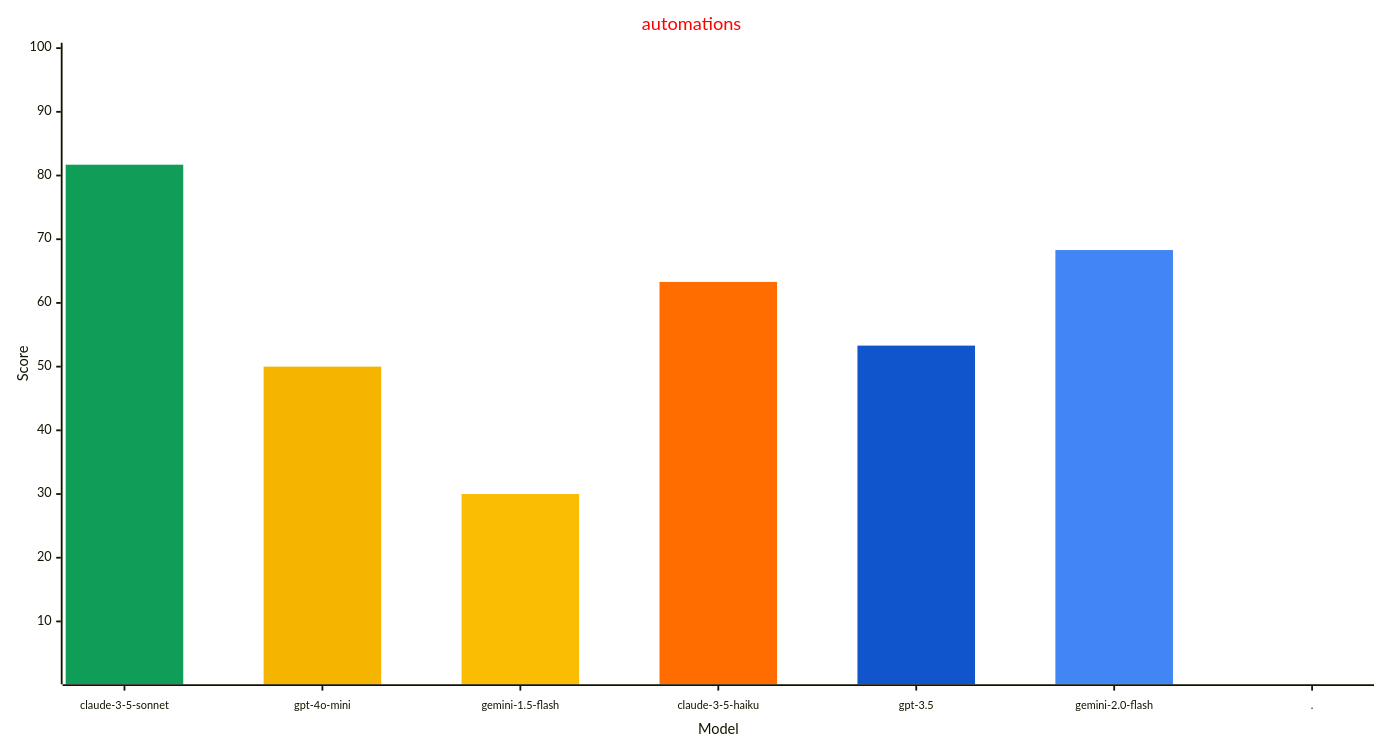
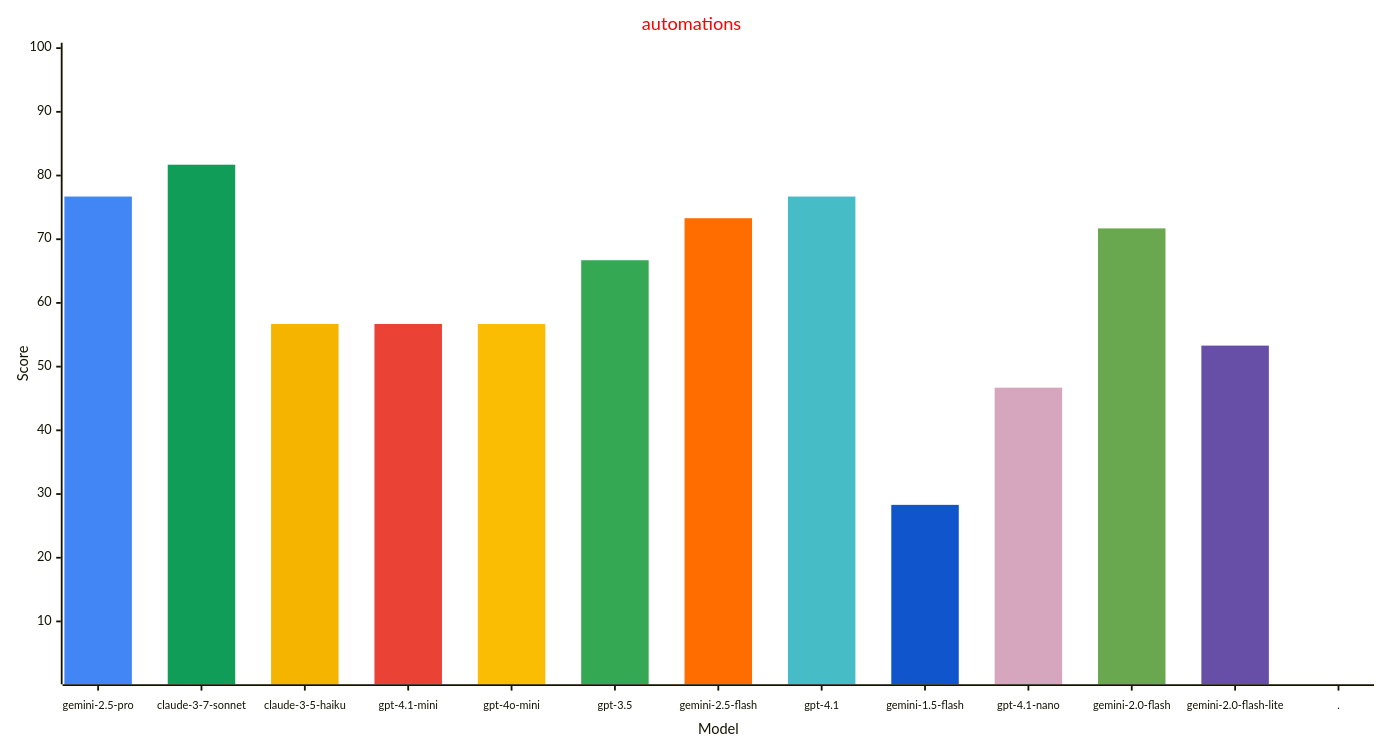
The third of 3 diagrams in reports/README.md (allenporter/home-assistant-datasets), drawn with Mermaid before and after one commit. The commit also changed other lines of this file and 1 other file, not shown here.

````diff
--- a/reports/README.md
+++ b/reports/README.md
@@ -144,27 +145,33 @@
 ```mermaid
 ---
 config:
     xyChart:
         width: 1500
         height: 800
         xAxis:
           labelFontSize: 12
           labelPadding: 8
     themeVariables:
         xyChart:
             titleColor: "#ff0000"
-            plotColorPalette: "#0f9d58, #f4b400, #fbbc04, #ff6d01, #1155cc, #4285f4, #4285f4"
+            plotColorPalette: "#4285f4, #0f9d58, #f4b400, #ea4335, #fbbc04, #34a853, #ff6d01, #46bdc6, #1155cc, #d5a6bd, #6aa84f, #674ea7, #4285f4"
 
 ---
 xychart-beta
   title "automations"
-  x-axis "Model" [claude-3-5-sonnet, gpt-4o-mini, gemini-1.5-flash, claude-3-5-haiku, gpt-3.5, gemini-2.0-flash, .]
+  x-axis "Model" [gemini-2.5-pro, claude-3-7-sonnet, claude-3-5-haiku, gpt-4.1-mini, gpt-4o-mini, gpt-3.5, gemini-2.5-flash, gpt-4.1, gemini-1.5-flash, gpt-4.1-nano, gemini-2.0-flash, gemini-2.0-flash-lite, .]
   y-axis "Score" 1 --> 100
-  bar [81.7, 0.0, 0.0, 0.0, 0.0, 0.0, 0.0]
-  bar [0.0, 50.0, 0.0, 0.0, 0.0, 0.0, 0.0]
-  bar [0.0, 0.0, 30.0, 0.0, 0.0, 0.0, 0.0]
-  bar [0.0, 0.0, 0.0, 63.3, 0.0, 0.0, 0.0]
-  bar [0.0, 0.0, 0.0, 0.0, 53.3, 0.0, 0.0]
-  bar [0.0, 0.0, 0.0, 0.0, 0.0, 68.3, 0.0]
-  bar [0.0, 0.0, 0.0, 0.0, 0.0, 0.0, -1.0]
+  bar [76.7, 0.0, 0.0, 0.0, 0.0, 0.0, 0.0, 0.0, 0.0, 0.0, 0.0, 0.0, 0.0]
+  bar [0.0, 81.7, 0.0, 0.0, 0.0, 0.0, 0.0, 0.0, 0.0, 0.0, 0.0, 0.0, 0.0]
+  bar [0.0, 0.0, 56.7, 0.0, 0.0, 0.0, 0.0, 0.0, 0.0, 0.0, 0.0, 0.0, 0.0]
+  bar [0.0, 0.0, 0.0, 56.7, 0.0, 0.0, 0.0, 0.0, 0.0, 0.0, 0.0, 0.0, 0.0]
+  bar [0.0, 0.0, 0.0, 0.0, 56.7, 0.0, 0.0, 0.0, 0.0, 0.0, 0.0, 0.0, 0.0]
+  bar [0.0, 0.0, 0.0, 0.0, 0.0, 66.7, 0.0, 0.0, 0.0, 0.0, 0.0, 0.0, 0.0]
+  bar [0.0, 0.0, 0.0, 0.0, 0.0, 0.0, 73.3, 0.0, 0.0, 0.0, 0.0, 0.0, 0.0]
+  bar [0.0, 0.0, 0.0, 0.0, 0.0, 0.0, 0.0, 76.7, 0.0, 0.0, 0.0, 0.0, 0.0]
+  bar [0.0, 0.0, 0.0, 0.0, 0.0, 0.0, 0.0, 0.0, 28.3, 0.0, 0.0, 0.0, 0.0]
+  bar [0.0, 0.0, 0.0, 0.0, 0.0, 0.0, 0.0, 0.0, 0.0, 46.7, 0.0, 0.0, 0.0]
+  bar [0.0, 0.0, 0.0, 0.0, 0.0, 0.0, 0.0, 0.0, 0.0, 0.0, 71.7, 0.0, 0.0]
+  bar [0.0, 0.0, 0.0, 0.0, 0.0, 0.0, 0.0, 0.0, 0.0, 0.0, 0.0, 53.3, 0.0]
+  bar [0.0, 0.0, 0.0, 0.0, 0.0, 0.0, 0.0, 0.0, 0.0, 0.0, 0.0, 0.0, -1.0]
 ```
````
